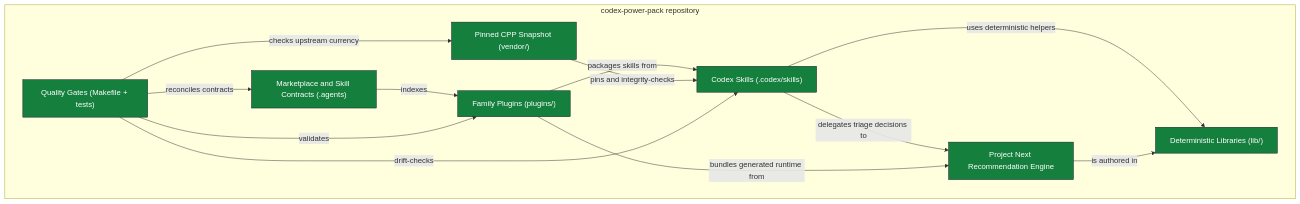
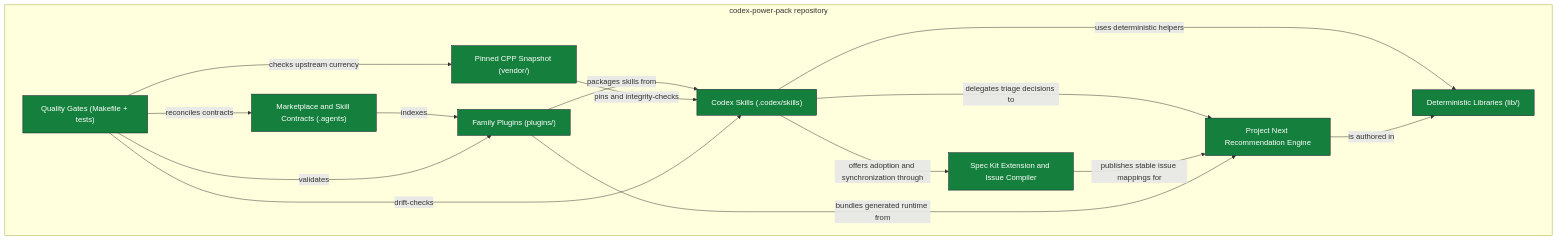
Before and after one commit to cooneycw/codex-power-pack: the diagram in docs/architecture/c4-l2-container.mmd, drawn with Mermaid. The commit also changed 95 other files, not shown here.

```diff
--- a/docs/architecture/c4-l2-container.mmd
+++ b/docs/architecture/c4-l2-container.mmd
@@ -1,22 +1,25 @@
 flowchart TB
   subgraph repo["codex-power-pack repository"]
     marketplace_catalog["Marketplace and Skill Contracts (.agents)"]:::container
     family_plugins["Family Plugins (plugins/)"]:::container
     codex_skills["Codex Skills (.codex/skills)"]:::container
     vendor_snapshot["Pinned CPP Snapshot (vendor/)"]:::container
     runtime_libraries["Deterministic Libraries (lib/)"]:::container
     project_next_engine["Project Next Recommendation Engine"]:::container
+    spec_workflow["Spec Kit Extension and Issue Compiler"]:::container
     quality_gates["Quality Gates (Makefile + tests)"]:::container
   end
   marketplace_catalog -->|"indexes"| family_plugins
   family_plugins -->|"packages skills from"| codex_skills
   vendor_snapshot -->|"pins and integrity-checks"| codex_skills
   codex_skills -->|"uses deterministic helpers"| runtime_libraries
   codex_skills -->|"delegates triage decisions to"| project_next_engine
+  codex_skills -->|"offers adoption and synchronization through"| spec_workflow
+  spec_workflow -->|"publishes stable issue mappings for"| project_next_engine
   project_next_engine -->|"is authored in"| runtime_libraries
   family_plugins -->|"bundles generated runtime from"| project_next_engine
   quality_gates -->|"validates"| family_plugins
   quality_gates -->|"reconciles contracts"| marketplace_catalog
   quality_gates -->|"drift-checks"| codex_skills
   quality_gates -->|"checks upstream currency"| vendor_snapshot
   classDef container fill:#15803d,color:#ffffff,stroke:#0f172a
```
